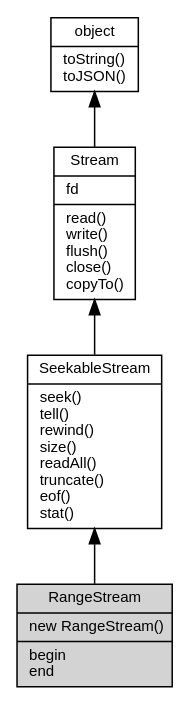
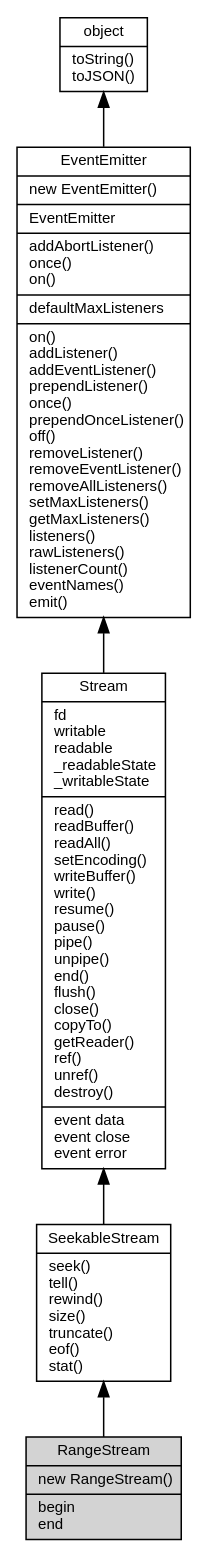
The diagram in docs/manual/object/ifs/RangeStream.md (fibjs/fibjs.org), drawn with Graphviz before and after one commit. The commit also changed other lines of this file and 148 other files, not shown here.

First line of the commit message:
feat: add ZlibCodec documentation and update object graph

````diff
--- a/docs/manual/object/ifs/RangeStream.md
+++ b/docs/manual/object/ifs/RangeStream.md
@@ -15,14 +25,16 @@
 ```dot
 digraph {
     node [fontname="Helvetica,sans-Serif", fontsize=10, shape="record", style="filled", fillcolor="white"];
 
     object [tooltip="object", URL="object.md", label="{object|toString()\ltoJSON()\l}"];
-    Stream [tooltip="Stream", URL="Stream.md", label="{Stream|fd\l|read()\lwrite()\lflush()\lclose()\lcopyTo()\l}"];
-    SeekableStream [tooltip="SeekableStream", URL="SeekableStream.md", label="{SeekableStream|seek()\ltell()\lrewind()\lsize()\lreadAll()\ltruncate()\leof()\lstat()\l}"];
+    EventEmitter [tooltip="EventEmitter", URL="EventEmitter.md", label="{EventEmitter|new EventEmitter()\l|EventEmitter\l|addAbortListener()\lonce()\lon()\l|defaultMaxListeners\l|on()\laddListener()\laddEventListener()\lprependListener()\lonce()\lprependOnceListener()\loff()\lremoveListener()\lremoveEventListener()\lremoveAllListeners()\lsetMaxListeners()\lgetMaxListeners()\llisteners()\lrawListeners()\llistenerCount()\leventNames()\lemit()\l}"];
+    Stream [tooltip="Stream", URL="Stream.md", label="{Stream|fd\lwritable\lreadable\l_readableState\l_writableState\l|read()\lreadBuffer()\lreadAll()\lsetEncoding()\lwriteBuffer()\lwrite()\lresume()\lpause()\lpipe()\lunpipe()\lend()\lflush()\lclose()\lcopyTo()\lgetReader()\lref()\lunref()\ldestroy()\l|event data\levent close\levent error\l}"];
+    SeekableStream [tooltip="SeekableStream", URL="SeekableStream.md", label="{SeekableStream|seek()\ltell()\lrewind()\lsize()\ltruncate()\leof()\lstat()\l}"];
     RangeStream [tooltip="RangeStream", fillcolor="lightgray", id="me", label="{RangeStream|new RangeStream()\l|begin\lend\l}"];
 
-    object -> Stream [dir=back];
+    object -> EventEmitter [dir=back];
+    EventEmitter -> Stream [dir=back];
     Stream -> SeekableStream [dir=back];
     SeekableStream -> RangeStream [dir=back];
 }
 ```
````
